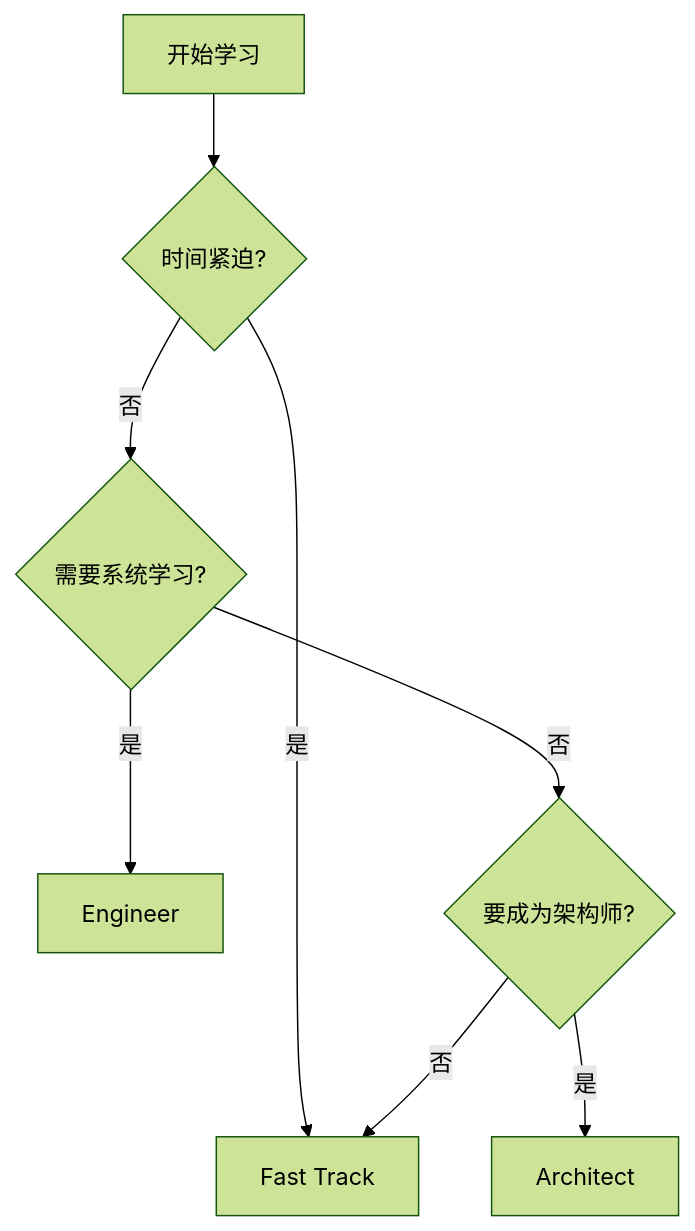
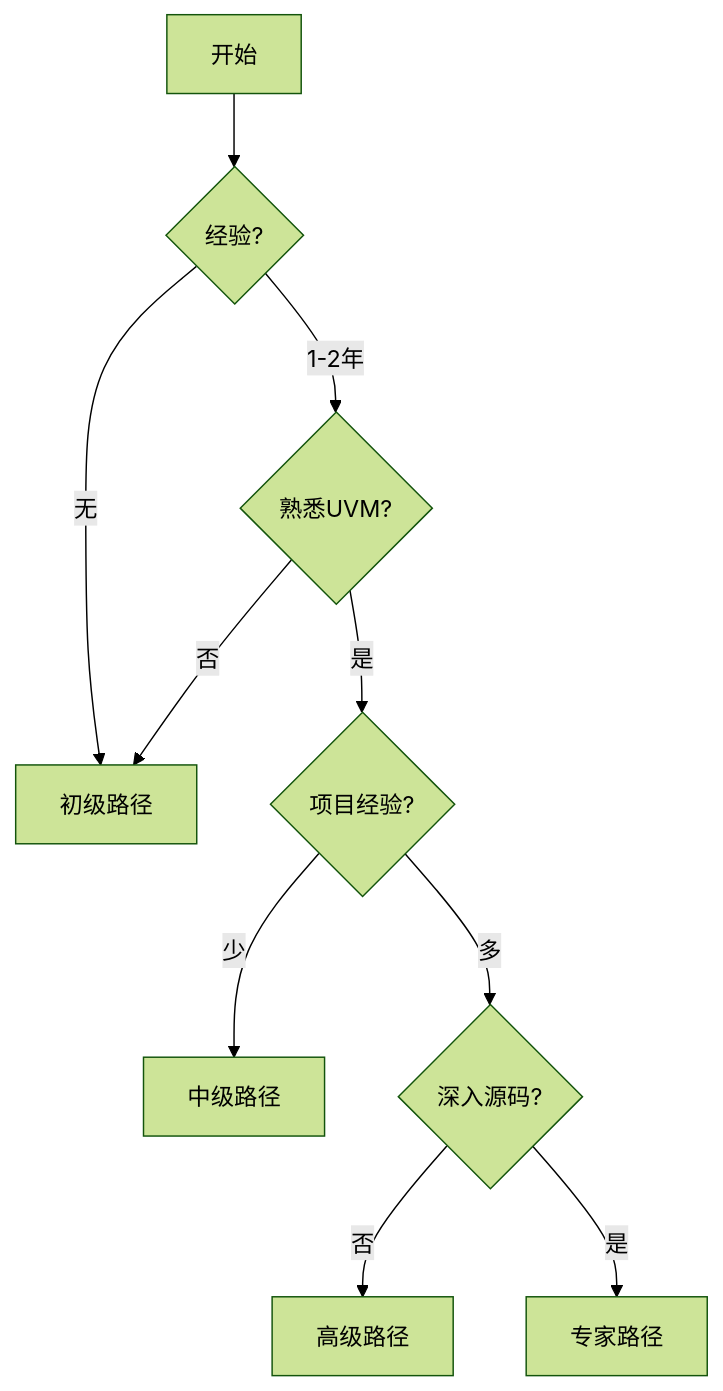
One commit to jingzhoushii/uvm-sv-cookbook changed the second of 2 diagrams in docs/projects/learning-paths.md. Above: the diagram before and after it, drawn with Mermaid (forest theme). The commit also changed other lines of this file and 5 other files, not shown here.

````diff
--- a/docs/projects/learning-paths.md
+++ b/docs/projects/learning-paths.md
@@ -117,10 +30,12 @@
 ```mermaid
 graph TD
-    A[开始学习] --> B{时间紧迫?}
-    B -->|是| C[Fast Track]
-    B -->|否| D{需要系统学习?}
-    D -->|是| E[Engineer]
-    D -->|否| F{要成为架构师?}
-    F -->|是| G[Architect]
-    F -->|否| C
+    A[开始] --> B{经验?}
+    B -->|无| C[初级路径]
+    B -->|1-2年| D{熟悉UVM?}
+    D -->|否| C
+    D -->|是| E{项目经验?}
+    E -->|少| F[中级路径]
+    E -->|多| G{深入源码?}
+    G -->|否| H[高级路径]
+    G -->|是| I[专家路径]
 ```
````
